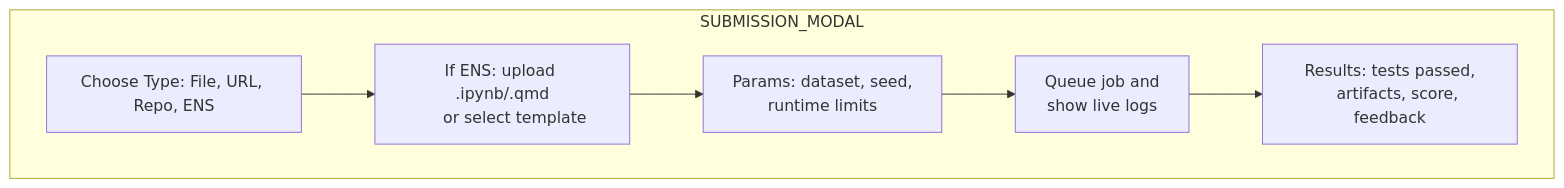
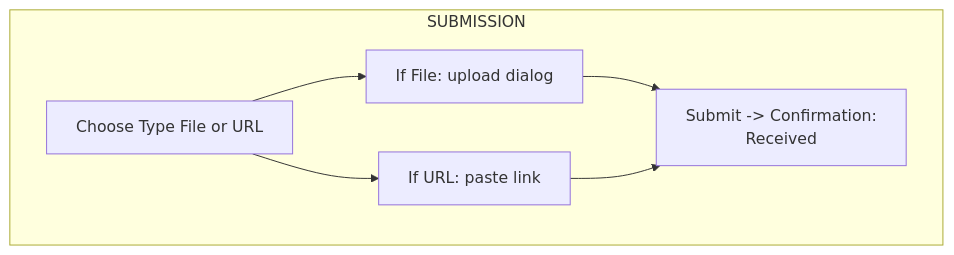
The fourth of 5 diagrams in apps/docs/public/wireframes.md (bzlatin/f25-cisc474-individual), drawn with Mermaid before and after one commit. The commit also changed other lines of this file and 4 other files, not shown here.

````diff
--- a/apps/docs/public/wireframes.md
+++ b/apps/docs/public/wireframes.md
@@ -65,18 +63,14 @@
 ```mermaid
 flowchart TB
-  subgraph SUBMISSION_MODAL
-    A[Choose Type: File, URL, Repo, ENS]
-    B[If ENS: upload .ipynb/.qmd
-     or select template]
-    C[Params: dataset, seed,
-     runtime limits]
-    D[Queue job and
-    show live logs]
-    E[Results: tests passed,
-    artifacts, score, feedback]
+  subgraph SUBMISSION
+    A[Choose Type File or URL]
+    B[If File: upload dialog]
+    C[If URL: paste link]
+    D[Submit -> Confirmation:
+    Received]
   end
   A --> B
-  B --> C
+  A --> C
+  B --> D
   C --> D
-  D --> E
 ```
````
